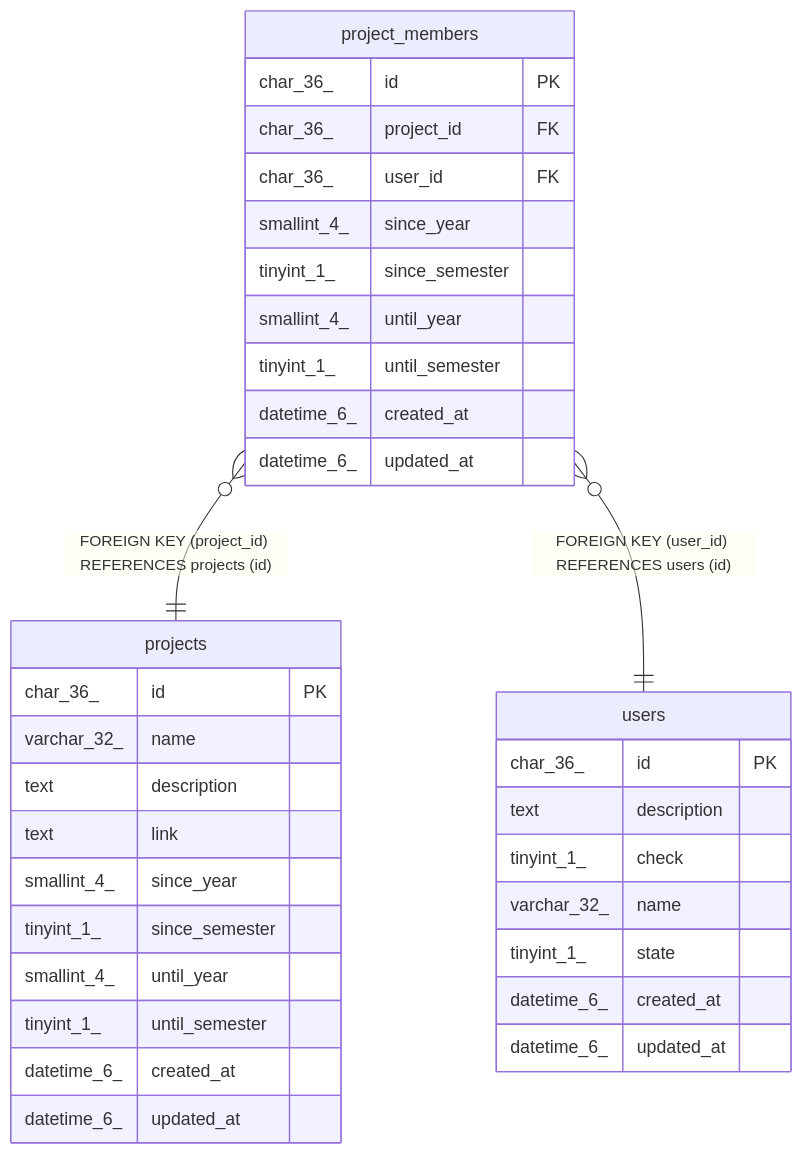
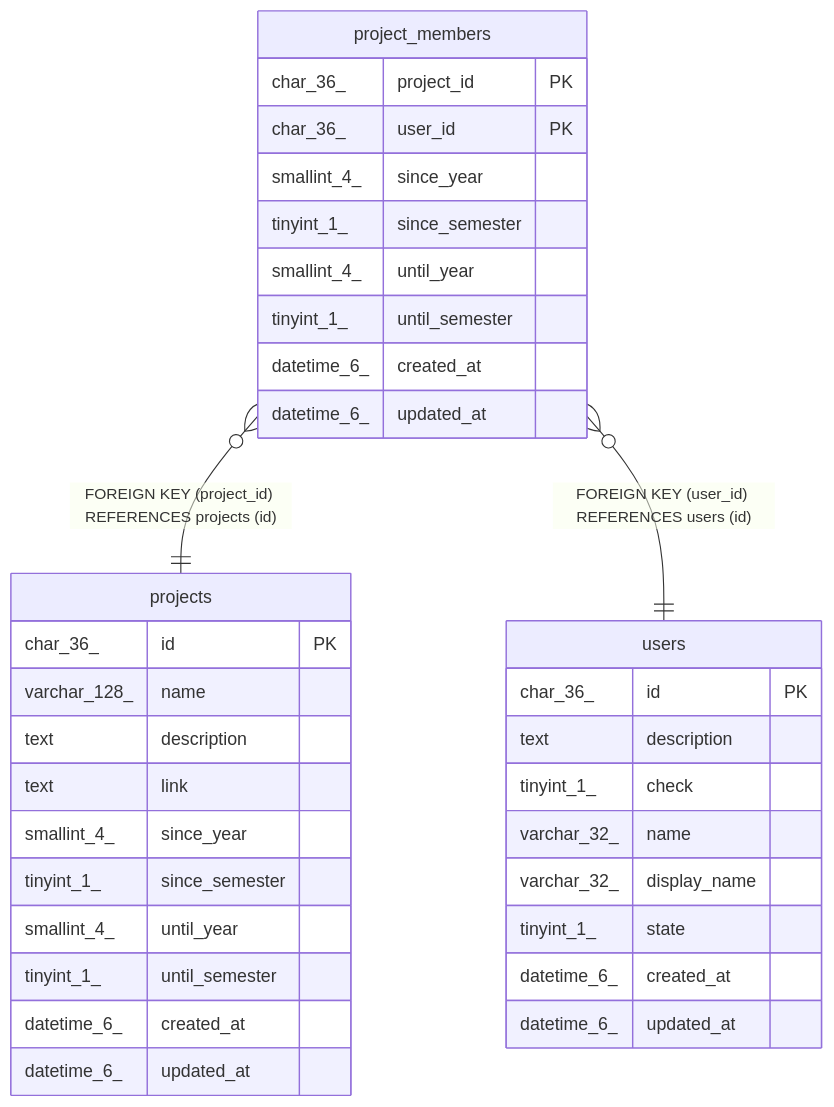
Before and after one commit to traPtitech/traPortfolio: the diagram in docs/dbschema/project_members.md, drawn with Mermaid. The commit also changed other lines of this file and 9 other files, not shown here.

````diff
--- a/docs/dbschema/project_members.md
+++ b/docs/dbschema/project_members.md
@@ -63,39 +59,39 @@
 ```mermaid
 erDiagram
 
 "project_members" }o--|| "projects" : "FOREIGN KEY (project_id) REFERENCES projects (id)"
 "project_members" }o--|| "users" : "FOREIGN KEY (user_id) REFERENCES users (id)"
 
 "project_members" {
-  char_36_ id PK
-  char_36_ project_id FK
-  char_36_ user_id FK
+  char_36_ project_id PK
+  char_36_ user_id PK
   smallint_4_ since_year
   tinyint_1_ since_semester
   smallint_4_ until_year
   tinyint_1_ until_semester
   datetime_6_ created_at
   datetime_6_ updated_at
 }
 "projects" {
   char_36_ id PK
-  varchar_32_ name
+  varchar_128_ name
   text description
   text link
   smallint_4_ since_year
   tinyint_1_ since_semester
   smallint_4_ until_year
   tinyint_1_ until_semester
   datetime_6_ created_at
   datetime_6_ updated_at
 }
 "users" {
   char_36_ id PK
   text description
   tinyint_1_ check
   varchar_32_ name
+  varchar_32_ display_name
   tinyint_1_ state
   datetime_6_ created_at
   datetime_6_ updated_at
 }
 ```
````
